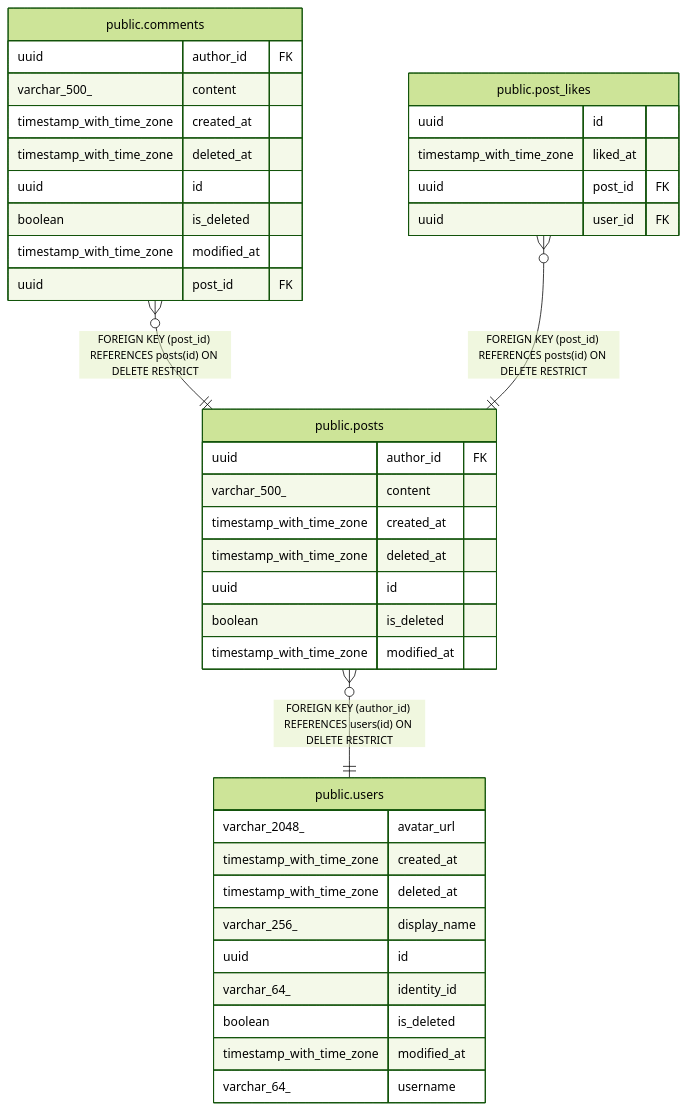
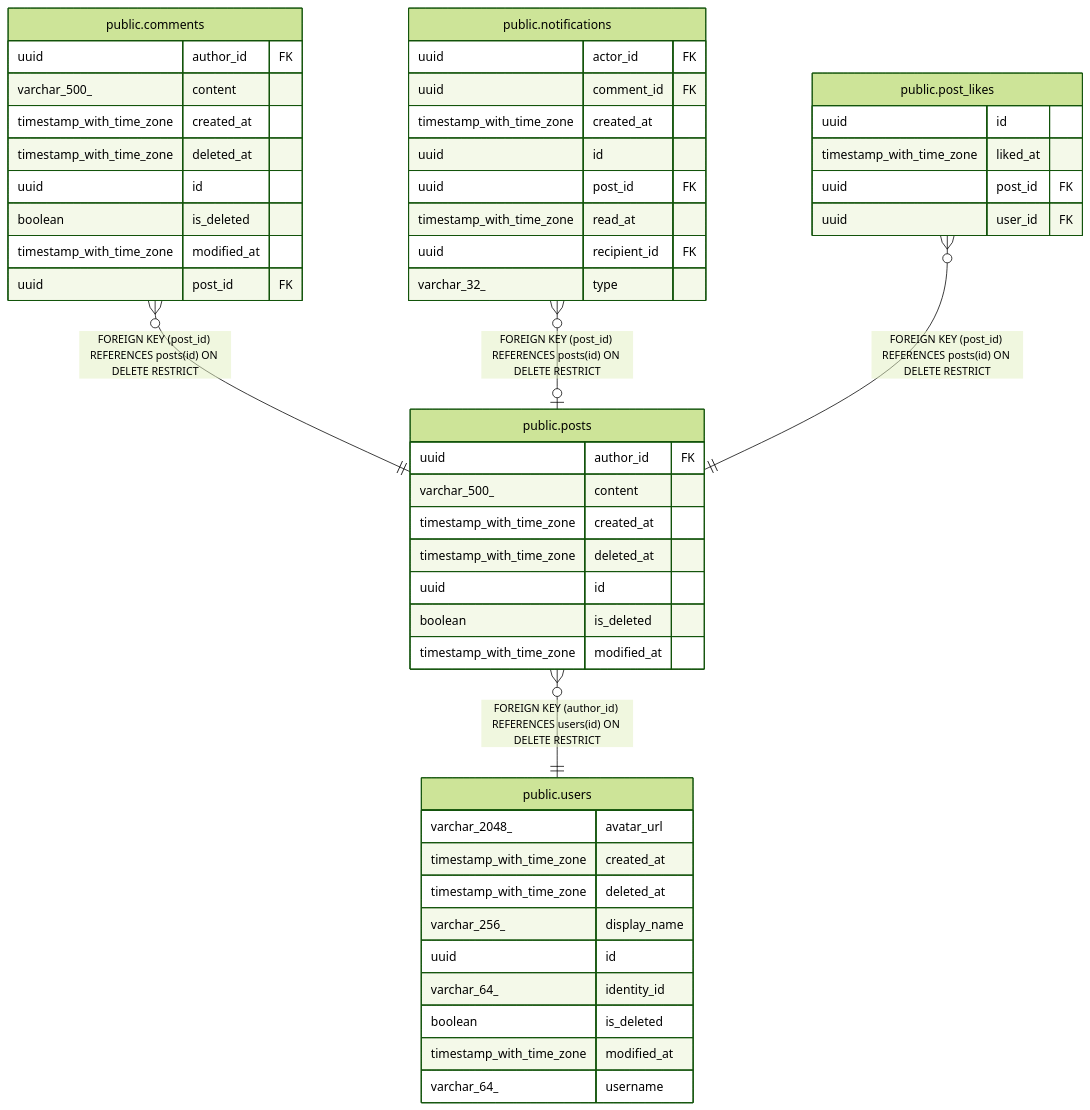
The diagram in docs/database/public.posts.md (trduc2712/choco-api), drawn with Mermaid (forest theme) before and after one commit. The commit also changed other lines of this file and 4 other files, not shown here.

````diff
--- a/docs/database/public.posts.md
+++ b/docs/database/public.posts.md
@@ -41,44 +41,55 @@
 ```mermaid
 erDiagram
 
 "public.posts" }o--|| "public.users" : "FOREIGN KEY (author_id) REFERENCES users(id) ON DELETE RESTRICT"
 "public.comments" }o--|| "public.posts" : "FOREIGN KEY (post_id) REFERENCES posts(id) ON DELETE RESTRICT"
+"public.notifications" }o--o| "public.posts" : "FOREIGN KEY (post_id) REFERENCES posts(id) ON DELETE RESTRICT"
 "public.post_likes" }o--|| "public.posts" : "FOREIGN KEY (post_id) REFERENCES posts(id) ON DELETE RESTRICT"
 
 "public.posts" {
   uuid author_id FK
   varchar_500_ content
   timestamp_with_time_zone created_at
   timestamp_with_time_zone deleted_at
   uuid id
   boolean is_deleted
   timestamp_with_time_zone modified_at
 }
 "public.users" {
   varchar_2048_ avatar_url
   timestamp_with_time_zone created_at
   timestamp_with_time_zone deleted_at
   varchar_256_ display_name
   uuid id
   varchar_64_ identity_id
   boolean is_deleted
   timestamp_with_time_zone modified_at
   varchar_64_ username
 }
 "public.comments" {
   uuid author_id FK
   varchar_500_ content
   timestamp_with_time_zone created_at
   timestamp_with_time_zone deleted_at
   uuid id
   boolean is_deleted
   timestamp_with_time_zone modified_at
   uuid post_id FK
 }
+"public.notifications" {
+  uuid actor_id FK
+  uuid comment_id FK
+  timestamp_with_time_zone created_at
+  uuid id
+  uuid post_id FK
+  timestamp_with_time_zone read_at
+  uuid recipient_id FK
+  varchar_32_ type
+}
 "public.post_likes" {
   uuid id
   timestamp_with_time_zone liked_at
   uuid post_id FK
   uuid user_id FK
 }
 ```
````
